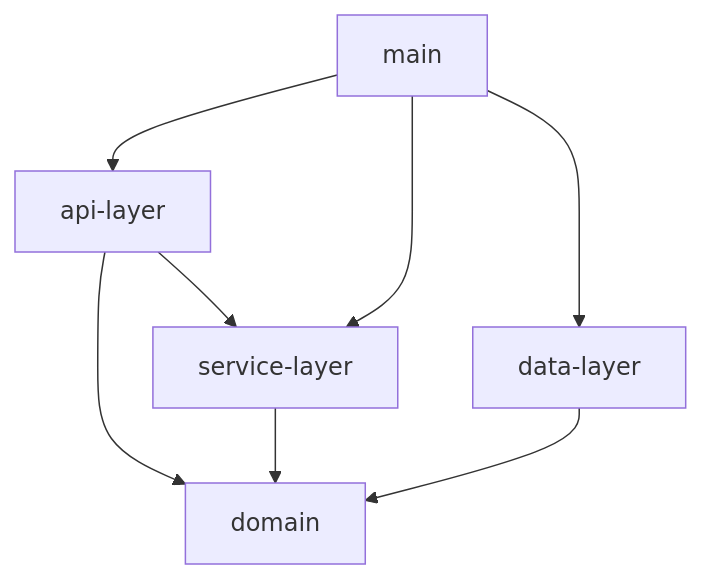
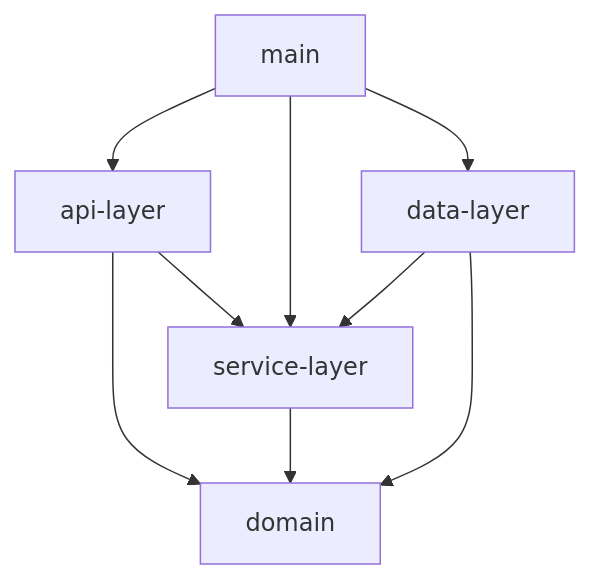
The diagram in README.md (Killjoyer/little-games), drawn with Mermaid before and after one commit.

Commit message:
refactoring

````diff
--- a/README.md
+++ b/README.md
@@ -44,10 +44,11 @@
 ```mermaid
 graph TD;
     main-->api-layer;
     main-->data-layer;
     api-layer-->service-layer;
     main-->service-layer;
     api-layer-->domain;
     service-layer-->domain;
+    data-layer-->service-layer;
     data-layer-->domain;
 ```
````
